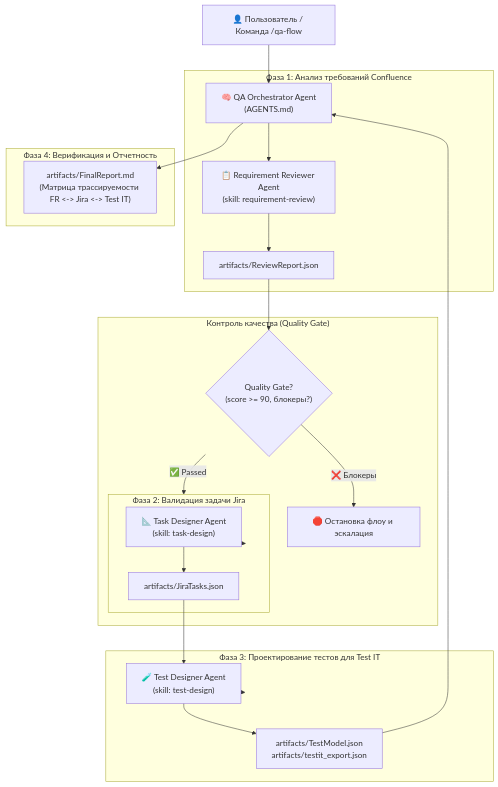
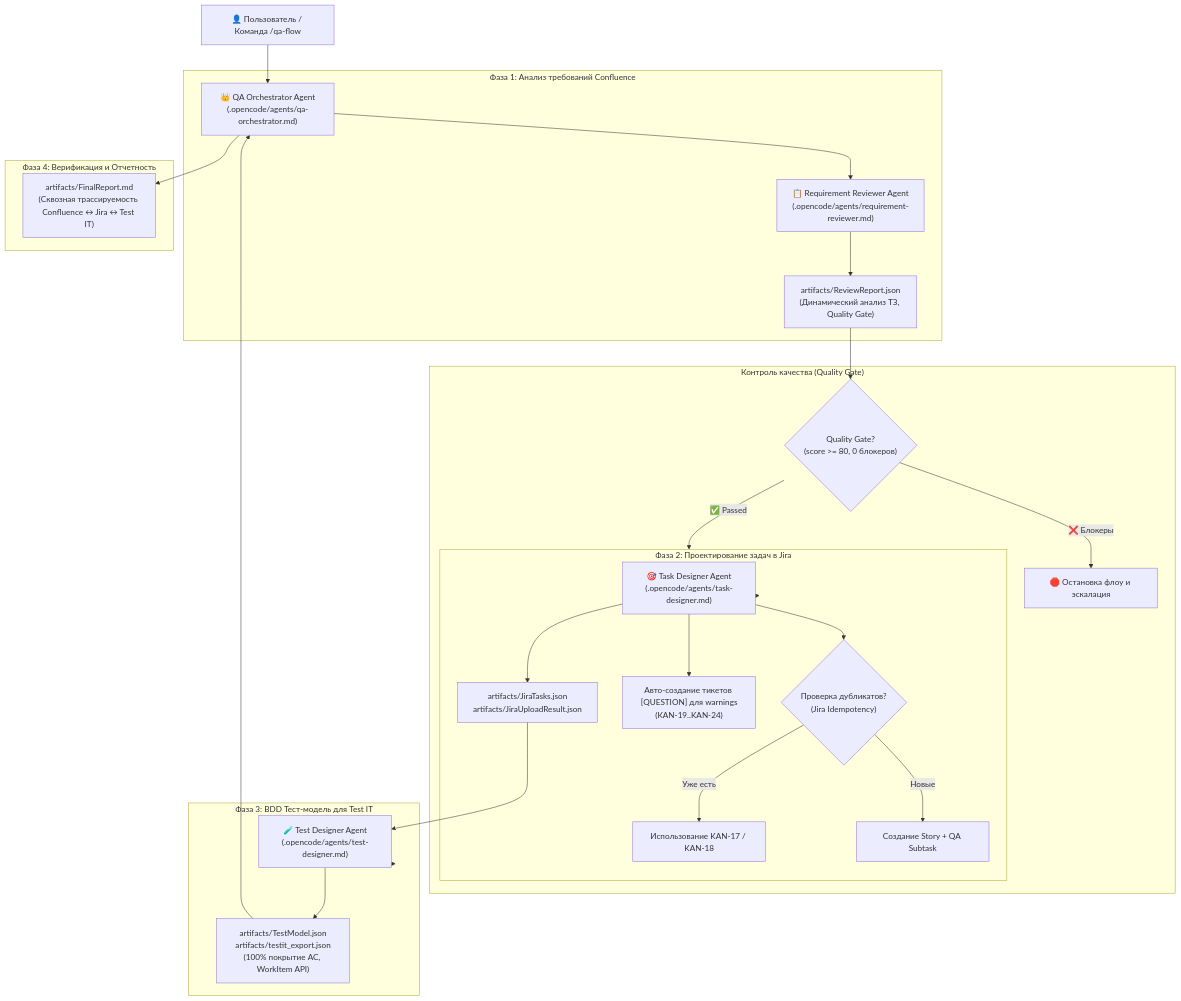
The diagram in README.md (Kristacom/qa-multiagent-study), drawn with Mermaid before and after one commit. The commit also changed other lines of this file and 8 other files, not shown here.

Commit message:
refactor: eliminate run_flow.py in favor of native OpenCode multi-agent flow, add detailed subagent instructions and anti-duplication

````diff
--- a/README.md
+++ b/README.md
@@ -25,35 +23,39 @@
 ```mermaid
 flowchart TD
-    User["👤 Пользователь / Команда /qa-flow"] --> Orch["🧠 QA Orchestrator Agent\n(AGENTS.md)"]
+    User["👤 Пользователь / Команда /qa-flow"] --> Orch["👑 QA Orchestrator Agent\n(.opencode/agents/qa-orchestrator.md)"]
 
     subgraph Phase1 ["Фаза 1: Анализ требований Confluence"]
-        Orch --> RRA["📋 Requirement Reviewer Agent\n(skill: requirement-review)"]
-        RRA --> RR["artifacts/ReviewReport.json"]
+        Orch --> RRA["📋 Requirement Reviewer Agent\n(.opencode/agents/requirement-reviewer.md)"]
+        RRA --> RR["artifacts/ReviewReport.json\n(Динамический анализ ТЗ, Quality Gate)"]
     end
 
     subgraph Gate ["Контроль качества (Quality Gate)"]
-        RR --> QG{"Quality Gate?\n(score >= 90, блокеры?)"}
+        RR --> QG{"Quality Gate?\n(score >= 80, 0 блокеров)"}
         QG -- "❌ Блокеры" --> Stop["🛑 Остановка флоу и эскалация"]
         QG -- "✅ Passed" --> Phase2
     end
 
-    subgraph Phase2 ["Фаза 2: Валидация задачи Jira"]
-        TD["📐 Task Designer Agent\n(skill: task-design)"]
-        TD --> JT["artifacts/JiraTasks.json"]
+    subgraph Phase2 ["Фаза 2: Проектирование задач в Jira"]
+        TD["🎯 Task Designer Agent\n(.opencode/agents/task-designer.md)"]
+        TD --> TD_Check{"Проверка дубликатов?\n(Jira Idempotency)"}
+        TD_Check -- "Уже есть" --> TD_Reuse["Использование KAN-17 / KAN-18"]
+        TD_Check -- "Новые" --> TD_Create["Создание Story + QA Subtask"]
+        TD --> TD_Quest["Авто-создание тикетов [QUESTION] для warnings\n(KAN-19..KAN-24)"]
+        TD --> JT["artifacts/JiraTasks.json\nartifacts/JiraUploadResult.json"]
     end
 
-    subgraph Phase3 ["Фаза 3: Проектирование тестов для Test IT"]
-        TeD["🧪 Test Designer Agent\n(skill: test-design)"]
-        TeD --> TM["artifacts/TestModel.json\nartifacts/testit_export.json"]
+    subgraph Phase3 ["Фаза 3: BDD Тест-модель для Test IT"]
+        TeD["🧪 Test Designer Agent\n(.opencode/agents/test-designer.md)"]
+        TeD --> TM["artifacts/TestModel.json\nartifacts/testit_export.json\n(100% покрытие AC, WorkItem API)"]
     end
 
     subgraph Phase4 ["Фаза 4: Верификация и Отчетность"]
-        FR["artifacts/FinalReport.md\n(Матрица трассируемости FR <-> Jira <-> Test IT)"]
+        FR["artifacts/FinalReport.md\n(Сквозная трассируемость Confluence ↔ Jira ↔ Test IT)"]
     end
 
     Phase2 --> TD
     JT --> TeD
     Phase3 --> TeD
     TM --> Orch
     Orch --> FR
 ```
````
